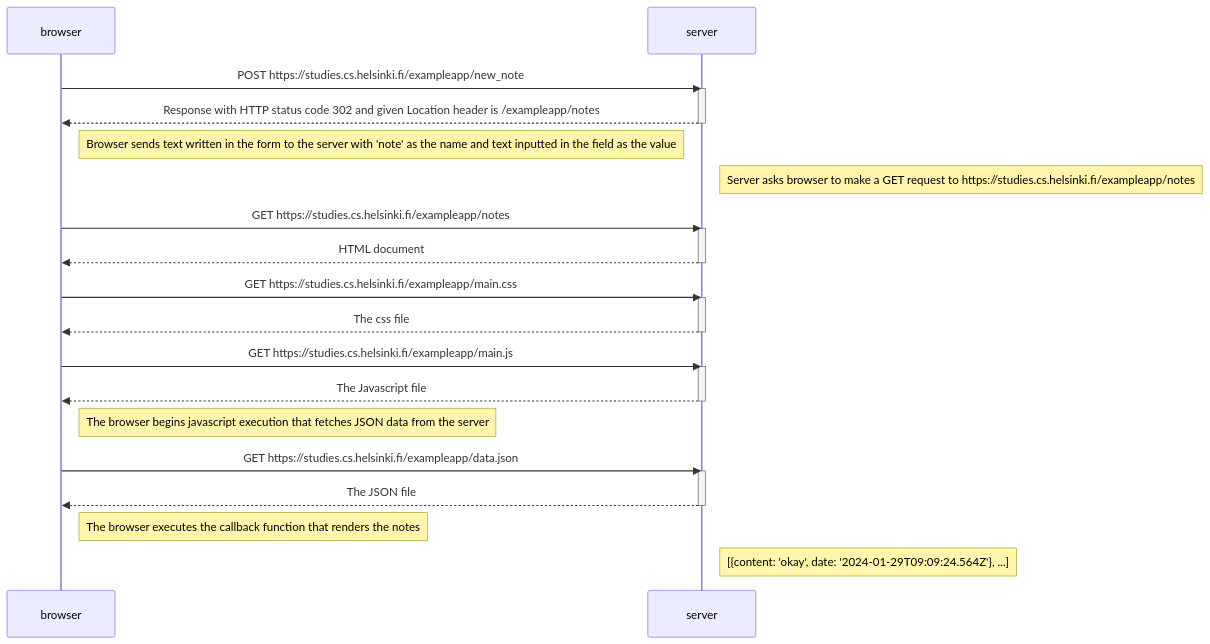
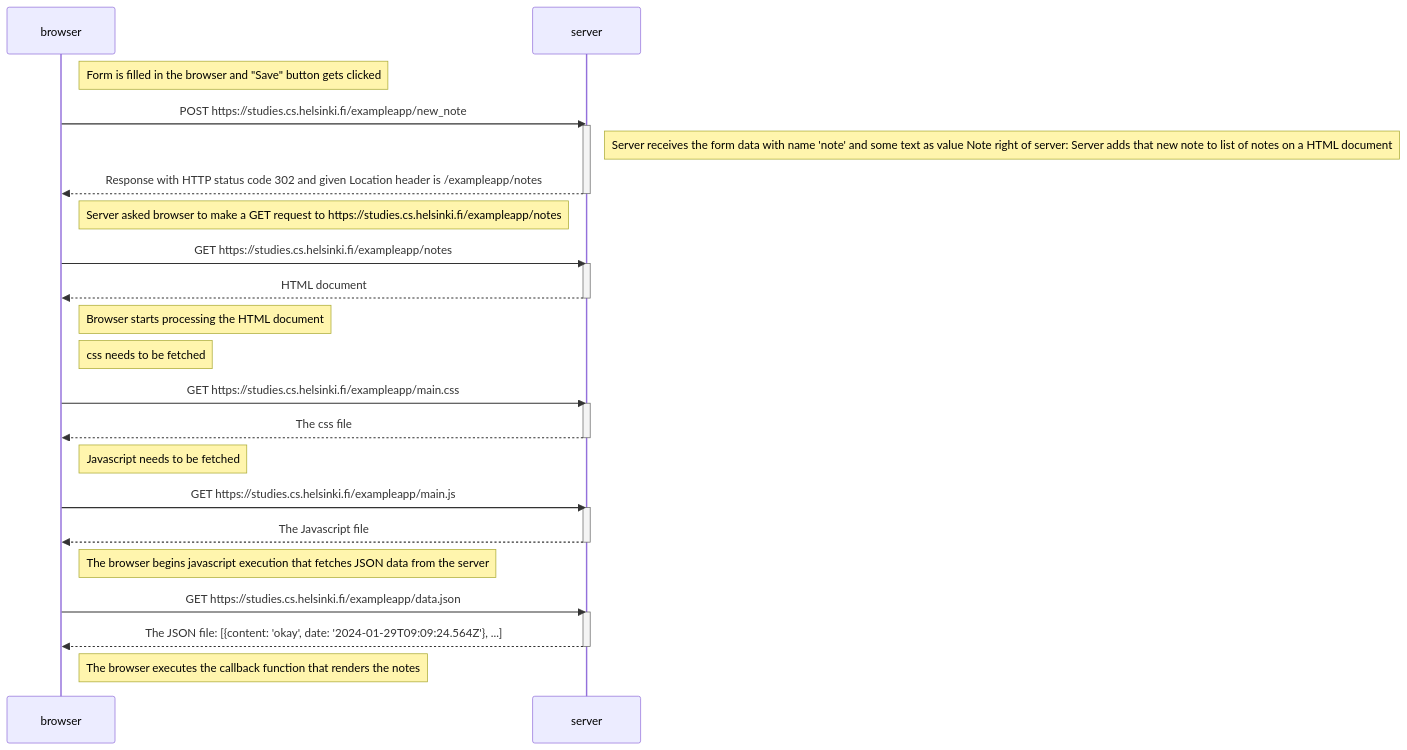
Before and after one commit to AksuCode/Full-Stack-Open: the diagram in exercises/part_0/New_note_diagram_0.4.md, drawn with Mermaid.

Commit message:
Making better

````diff
--- a/exercises/part_0/New_note_diagram_0.4.md
+++ b/exercises/part_0/New_note_diagram_0.4.md
@@ -1,38 +1,45 @@
 ```mermaid
 sequenceDiagram
     participant browser
     participant server
 
+    Note right of browser: Form is filled in the browser and "Save" button gets clicked
+
     browser->>server: POST https://studies.cs.helsinki.fi/exampleapp/new_note
     activate server
+    Note right of server: Server receives the form data with name 'note' and some text as value Note right of server: Server adds that new note to list of notes on a HTML document
     server-->>browser: Response with HTTP status code 302 and given Location header is /exampleapp/notes
     deactivate server
 
-    Note right of browser: Browser sends text written in the form to the server with 'note' as the name and text inputted in the field as the value
-    Note right of server: Server asks browser to make a GET request to https://studies.cs.helsinki.fi/exampleapp/notes
+    Note right of browser: Server asked browser to make a GET request to https://studies.cs.helsinki.fi/exampleapp/notes
 
     browser->>server: GET https://studies.cs.helsinki.fi/exampleapp/notes
     activate server
     server-->>browser: HTML document
     deactivate server
 
+    Note right of browser: Browser starts processing the HTML document
+
+    Note right of browser: css needs to be fetched
+
     browser->>server: GET https://studies.cs.helsinki.fi/exampleapp/main.css
     activate server
     server-->>browser: The css file
     deactivate server
+
+    Note right of browser: Javascript needs to be fetched
 
     browser->>server: GET https://studies.cs.helsinki.fi/exampleapp/main.js
     activate server
     server-->>browser: The Javascript file
     deactivate server
 
     Note right of browser: The browser begins javascript execution that fetches JSON data from the server
 
     browser->>server: GET https://studies.cs.helsinki.fi/exampleapp/data.json
     activate server
-    server-->>browser: The JSON file
+    server-->>browser: The JSON file: [{content: 'okay', date: '2024-01-29T09:09:24.564Z'}, ...]
     deactivate server
 
     Note right of browser: The browser executes the callback function that renders the notes
-    Note right of server: [{content: 'okay', date: '2024-01-29T09:09:24.564Z'}, ...]
 ```
````
